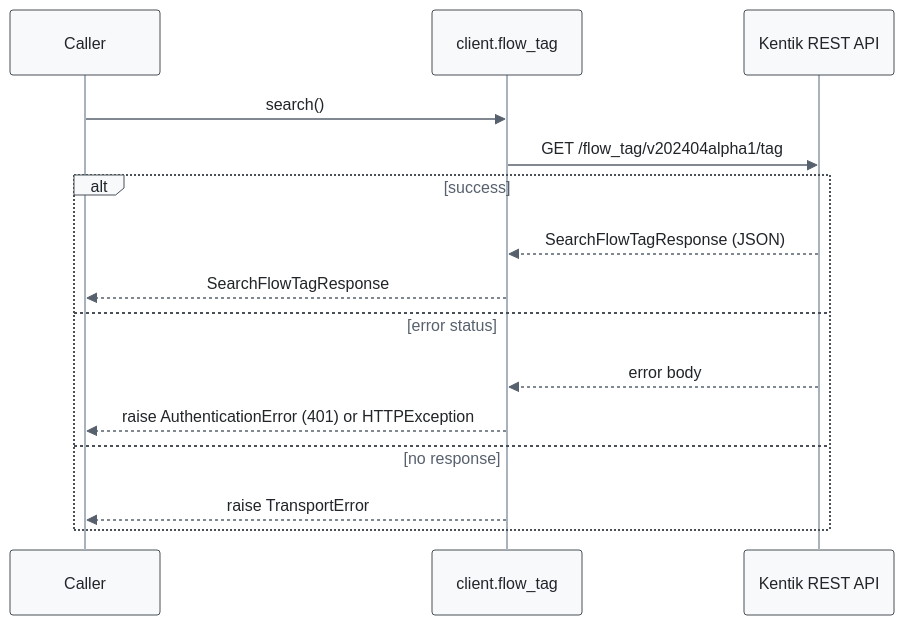
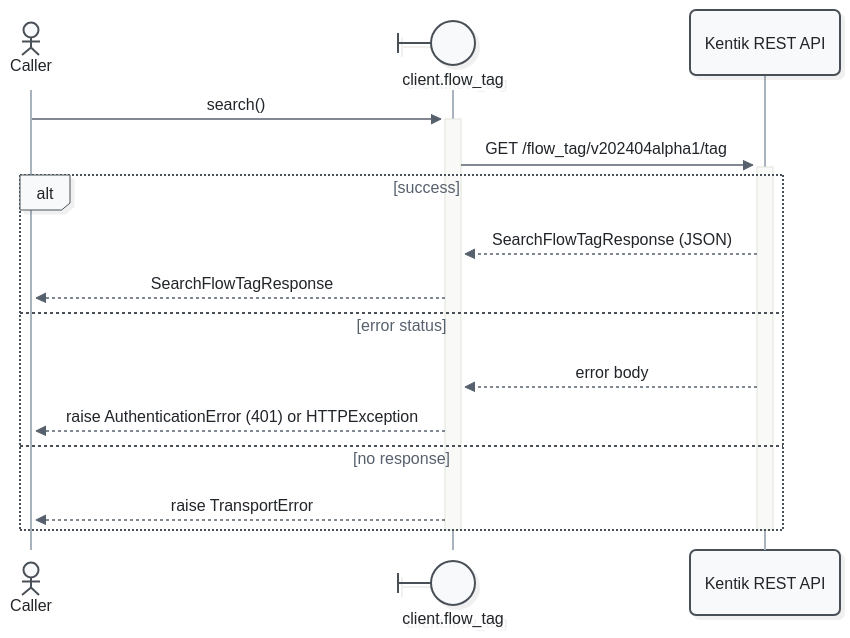
One commit to alexdearaujo/community_sdk_python changed the first of 11 diagrams in docs/sphinx/services/flow_tag.md. Above: the diagram before and after it, drawn with Mermaid. The commit also changed other lines of this file and 52 other files, not shown here.

First line of the commit message:
docs: Mermaid 12 sequence diagrams with participant types and path colors

````diff
--- a/docs/sphinx/services/flow_tag.md
+++ b/docs/sphinx/services/flow_tag.md
@@ -33,19 +33,21 @@
 ```mermaid
-%%{init: {"theme": "base", "fontFamily": "ui-monospace, SFMono-Regular, Menlo, monospace", "themeVariables": {"fontFamily": "ui-monospace, SFMono-Regular, Menlo, monospace", "primaryColor": "#f8f9fa", "primaryBorderColor": "#495057", "primaryTextColor": "#212529", "textColor": "#212529", "lineColor": "#77818c", "edgeLabelBackground": "#ffffff", "actorBkg": "#f8f9fa", "actorBorder": "#495057", "actorTextColor": "#212529", "actorLineColor": "#a9b3be", "signalColor": "#57616d", "signalTextColor": "#212529", "labelBoxBkgColor": "#f8f9fa", "labelBoxBorderColor": "#495057", "labelTextColor": "#212529", "loopTextColor": "#57616d", "noteBkgColor": "#fff9db", "noteBorderColor": "#f08c00", "noteTextColor": "#a35a00"}, "flowchart": {"curve": "step", "nodeSpacing": 30, "rankSpacing": 70, "wrappingWidth": 400}}}%%
+%%{init: {"theme": "redux", "look": "neo", "layout": "dagre", "fontFamily": "ui-monospace, SFMono-Regular, Menlo, monospace", "themeVariables": {"fontFamily": "ui-monospace, SFMono-Regular, Menlo, monospace", "primaryColor": "#f8f9fa", "primaryBorderColor": "#495057", "primaryTextColor": "#212529", "textColor": "#212529", "lineColor": "#77818c", "edgeLabelBackground": "#ffffff", "actorBkg": "#f8f9fa", "actorBorder": "#495057", "actorTextColor": "#212529", "actorLineColor": "#a9b3be", "signalColor": "#57616d", "signalTextColor": "#212529", "labelBoxBkgColor": "#f8f9fa", "labelBoxBorderColor": "#495057", "labelTextColor": "#212529", "loopTextColor": "#57616d", "noteBkgColor": "#fff9db", "noteBorderColor": "#f08c00", "noteTextColor": "#a35a00"}, "sequence": {"activationWidth": 16}, "flowchart": {"curve": "step", "nodeSpacing": 30, "rankSpacing": 70, "wrappingWidth": 400}}}%%
 sequenceDiagram
-    participant C as Caller
-    participant W as client.flow_tag
+    actor C as Caller
+    participant W@{ "type": "boundary" } as client.flow_tag
     participant API as Kentik REST API
 
-    C->>W: search()
-    W->>API: GET /flow_tag/v202404alpha1/tag
+    C->>+W: search()
+    W->>+API: GET /flow_tag/v202404alpha1/tag
     alt success
         API-->>W: SearchFlowTagResponse (JSON)
         W-->>C: SearchFlowTagResponse
     else error status
         API-->>W: error body
         W-->>C: raise AuthenticationError (401) or HTTPException
     else no response
         W-->>C: raise TransportError
     end
+    deactivate API
+    deactivate W
 ```
````
